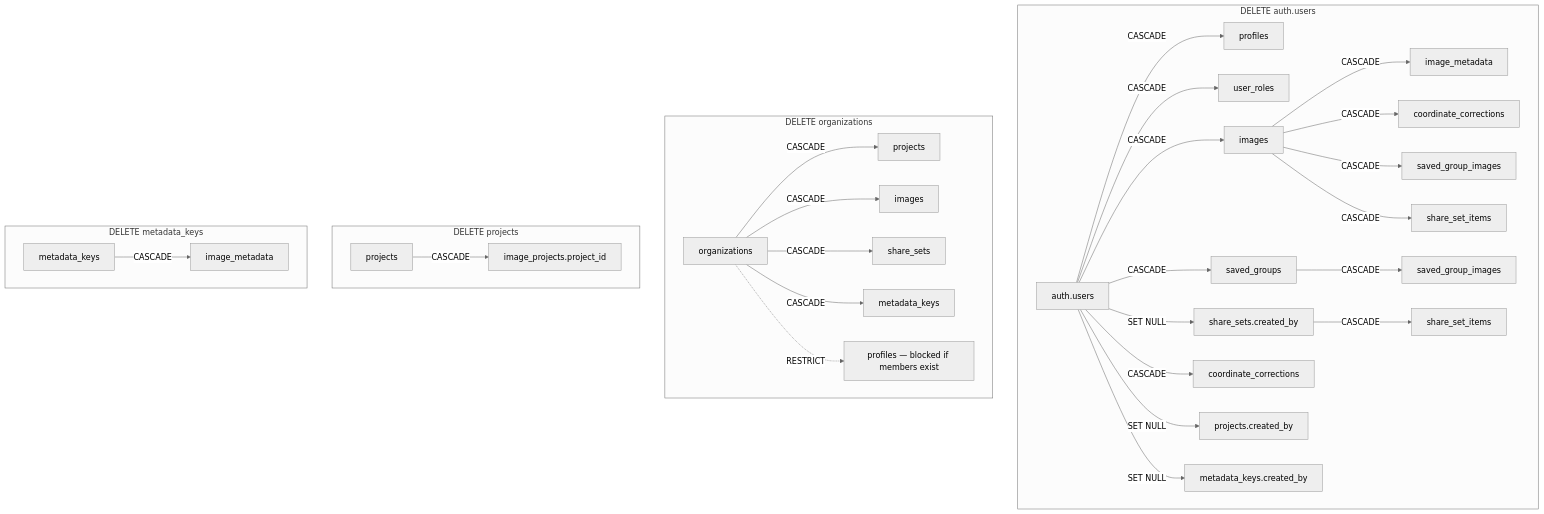
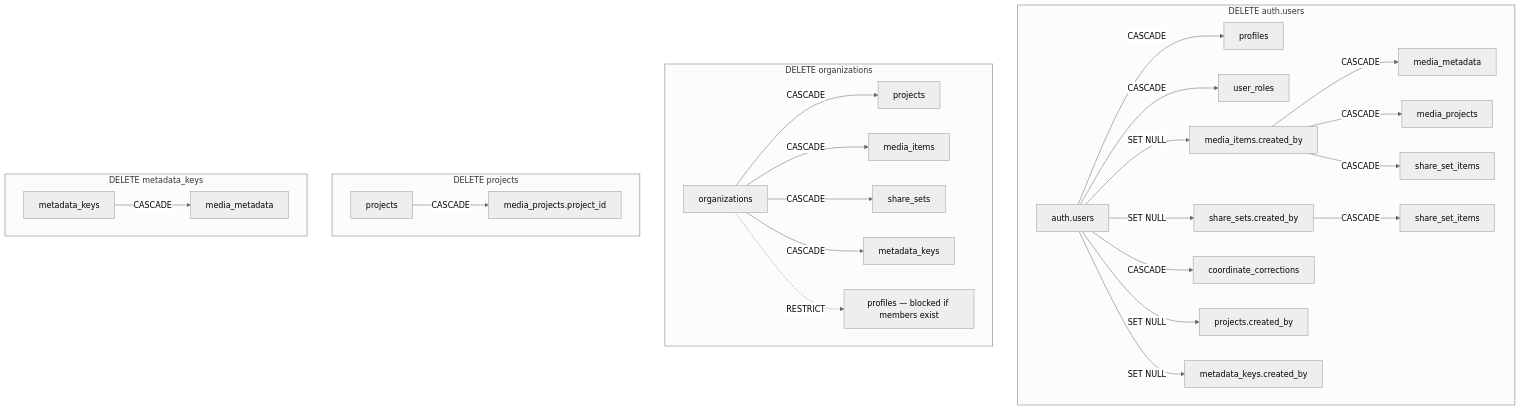
One commit to matkleve/feldpost changed the third of 3 diagrams in docs/database-schema.md. Above: the diagram before and after it, drawn with Mermaid (neutral theme). The commit also changed other lines of this file and 26 other files, not shown here.

First line of the commit message:
refactor: update terminology from 'images' to 'media items' across documentation

````diff
--- a/docs/database-schema.md
+++ b/docs/database-schema.md
@@ -557,35 +557,32 @@
 ```mermaid
 flowchart TD
     subgraph "DELETE auth.users"
         U[auth.users] -->|CASCADE| P[profiles]
         U -->|CASCADE| UR[user_roles]
-        U -->|CASCADE| I[images]
-        U -->|CASCADE| SG[saved_groups]
+        U -->|SET NULL| MI[media_items.created_by]
         U -->|SET NULL| SS[share_sets.created_by]
         U -->|CASCADE| CC[coordinate_corrections]
         U -->|SET NULL| PR[projects.created_by]
         U -->|SET NULL| MK[metadata_keys.created_by]
-        I -->|CASCADE| IM[image_metadata]
-        I -->|CASCADE| CC2[coordinate_corrections]
-        I -->|CASCADE| SGI[saved_group_images]
-        I -->|CASCADE| SSI[share_set_items]
-        SG -->|CASCADE| SGI2[saved_group_images]
+        MI -->|CASCADE| MM[media_metadata]
+        MI -->|CASCADE| MP[media_projects]
+        MI -->|CASCADE| SSI[share_set_items]
         SS -->|CASCADE| SSI2[share_set_items]
     end
 
     subgraph "DELETE organizations"
         O[organizations] -->|CASCADE| PR2[projects]
-        O -->|CASCADE| I2[images]
+        O -->|CASCADE| MI2[media_items]
         O -->|CASCADE| SS2[share_sets]
         O -->|CASCADE| MK2[metadata_keys]
         O -.->|RESTRICT| P2[profiles — blocked if members exist]
     end
 
     subgraph "DELETE projects"
-        PRD[projects] -->|CASCADE| IP1[image_projects.project_id]
+        PRD[projects] -->|CASCADE| MP1[media_projects.project_id]
     end
 
     subgraph "DELETE metadata_keys"
-        MKD[metadata_keys] -->|CASCADE| IM2[image_metadata]
+        MKD[metadata_keys] -->|CASCADE| MM2[media_metadata]
     end
 ```
````
